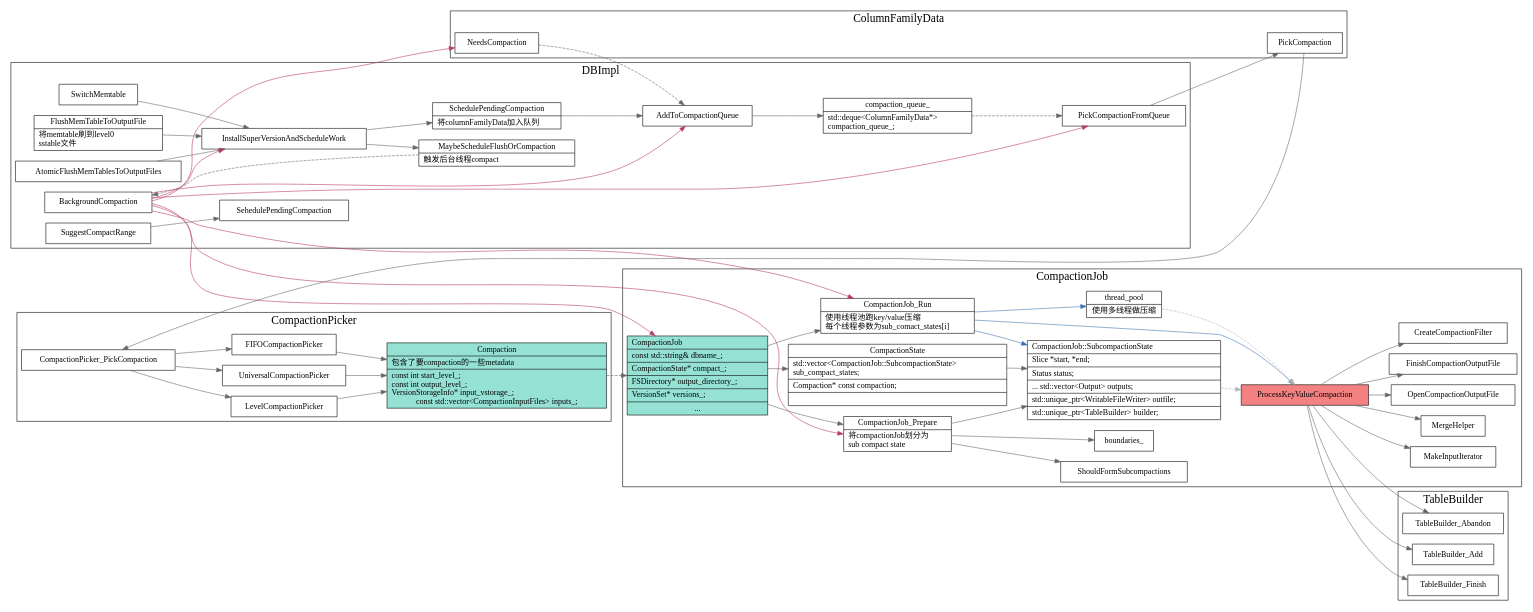
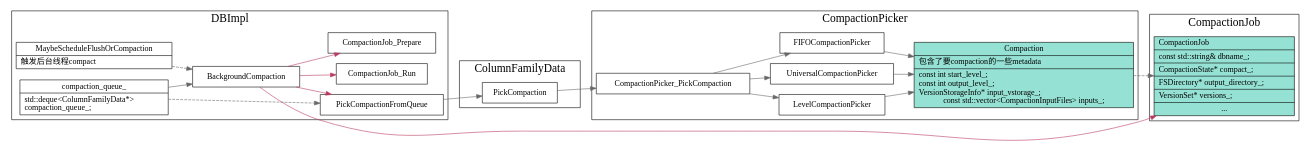
One commit to xieyu/blog changed the diagram in src/rocksdb/background-compaction.dot. Above: the diagram before and after it, drawn with Graphviz. The commit also changed 24 other files, not shown here.

```diff
--- a/src/rocksdb/background-compaction.dot
+++ b/src/rocksdb/background-compaction.dot
@@ -33,14 +33,6 @@
   subgraph cluster_ColumnFamilyData {
     graph[label="ColumnFamilyData";fontsize=20;];
     PickCompaction -> CompactionPicker_PickCompaction;
-    NeedsCompaction;
-  }
-
-  subgraph cluster_TableBuilder {
-    graph[label="TableBuilder";fontsize=20;];
-    TableBuilder_Add;
-    TableBuilder_Finish;
-    TableBuilder_Abandon;
   }
 
   subgraph cluster_CompactionJob {
@@ -59,96 +51,10 @@
           ...
       }}"
     ];
-    CompactionJob:CompactionState -> CompactionState;
-    CompactionState[
-      shape="record"
-      label="{{
-        CompactionState|
-          <SubcompactionState> std::vector\<CompactionJob::SubcompactionState\>\l sub_compact_states;\l|
-          Compaction* const compaction;\l|
-      }}"
-    ];
-    CompactionState:SubcompactionState -> sub_compact_states;
-    Compaction -> CompactionJob[style=dashed];
-    CompactionJob -> {
-      CompactionJob_Prepare;
-      CompactionJob_Run;
-    }
-    CompactionJob_Prepare[
-      shape="record"
-      label="{{
-        CompactionJob_Prepare|
-        将compactionJob划分为\l 
-        sub compact state\l
-      }}"
-    ];
-    CompactionJob_Prepare -> {
-      sub_compact_states;
-      ShouldFormSubcompactions;
-      boundaries_;
-    }
-
-    CompactionJob_Run[shape="record";
-      label="{{
-        CompactionJob_Run|
-        使用线程池跑key/value压缩\l
-        每个线程参数为sub_comact_states[i]\l
-      }}";
-    ];
-    thread_pool[
-      shape="record"
-      label="{{
-        thread_pool|
-        使用多线程做压缩
-      }}"
-    ];
-    CompactionJob_Run -> {
-      thread_pool;
-      sub_compact_states;
-      ProcessKeyValueCompaction;
-    }[color="#3f72af"]
-
-    sub_compact_states[shape="record";
-      label="{{
-        CompactionJob::SubcompactionState\l|
-        Slice *start, *end;\l|
-        Status status;\l|
-        ...
-        std::vector\<Output\> outputs;\l|
-        std::unique_ptr\<WritableFileWriter\> outfile;\l|
-        std::unique_ptr\<TableBuilder\> builder;\l
-      }}";
-    ];
-    sub_compact_states -> ProcessKeyValueCompaction[style=dashed;color=gray70];
-    thread_pool -> ProcessKeyValueCompaction[style=dashed;color=gray70];
-    ProcessKeyValueCompaction[shape="record";
-      fillcolor="#f38181";
-      style=filled;
-      label="{{
-        ProcessKeyValueCompaction
-      }}";
-    ];
-    ProcessKeyValueCompaction -> {
-      CreateCompactionFilter;
-      MakeInputIterator;
-      MergeHelper;
-      OpenCompactionOutputFile;
-      FinishCompactionOutputFile;
-      TableBuilder_Add;
-      TableBuilder_Finish;
-      TableBuilder_Abandon;
-    }
   }
 
   subgraph cluster_DBImpl {
     graph[label="DBImpl";fontsize=20;];
-    SchedulePendingCompaction[
-      shape="record"
-      label="{{
-        SchedulePendingCompaction|
-        将columnFamilyData加入队列\l
-      }}"
-    ];
     MaybeScheduleFlushOrCompaction[
       shape="record"
       label="{{
@@ -156,47 +62,18 @@
         触发后台线程compact\l
       }}"
     ];
-    FlushMemTableToOutputFile[
-      shape="record"
-      label="{{
-        FlushMemTableToOutputFile|
-        将memtable刷到level0\l
-        sstable文件\l
-      }}"
-    ];
-    {
-      //CreateColumnFamilyImpl;
-      //CreateColumnFamilyWithImport;
-      //DeleteFile;
-      //DeleteFilesInRanges;
-      //IngestExternalFile;
-      AtomicFlushMemTablesToOutputFiles;
-      FlushMemTableToOutputFile;
-      //CompactFilesImpl;
-      SwitchMemtable;
-    }-> InstallSuperVersionAndScheduleWork;
 
-    InstallSuperVersionAndScheduleWork ->{
-      SchedulePendingCompaction;
-      MaybeScheduleFlushOrCompaction;
-    }
     MaybeScheduleFlushOrCompaction -> BackgroundCompaction[style=dashed]
 
-    SuggestCompactRange -> SehedulePendingCompaction;
-    SchedulePendingCompaction -> AddToCompactionQueue;
+    //SuggestCompactRange -> SehedulePendingCompaction;
 
     BackgroundCompaction -> {
       PickCompactionFromQueue;
-      AddToCompactionQueue;
-      NeedsCompaction;
       CompactionJob;
       CompactionJob_Prepare;
       CompactionJob_Run;
-      InstallSuperVersionAndScheduleWork
     }[color="#b83b5e"]
 
-    NeedsCompaction -> AddToCompactionQueue[style=dashed];
-    AddToCompactionQueue -> { compaction_queue_;}
 
     compaction_queue_[shape="record";
       label="{{
@@ -205,10 +82,11 @@
           compaction_queue_;\l
       }}";
     ];
-    //compaction_queue_ -> PopFirstFromCompactionQueue[style=dashed];
+    compaction_queue_ -> BackgroundCompaction;
     compaction_queue_ -> PickCompactionFromQueue[style=dashed];
     //BackgroundCallFlush -> BackgroundFlush -> PopFirstFromCompactionQueue;
     PickCompactionFromQueue -> PickCompaction;
+    Compaction -> CompactionJob[style=dashed];
   }
-  {rank=same;BackgroundCompaction;CompactionPicker_PickCompaction;}
+  //{rank=same;BackgroundCompaction;CompactionPicker_PickCompaction;}
 }
```
